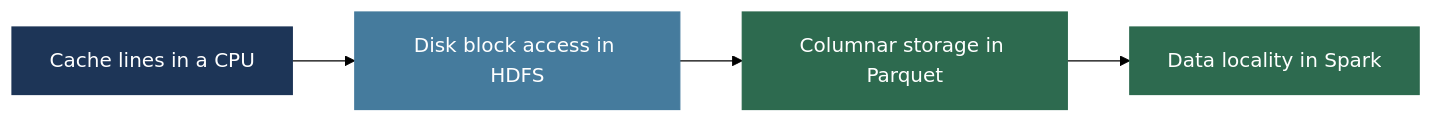
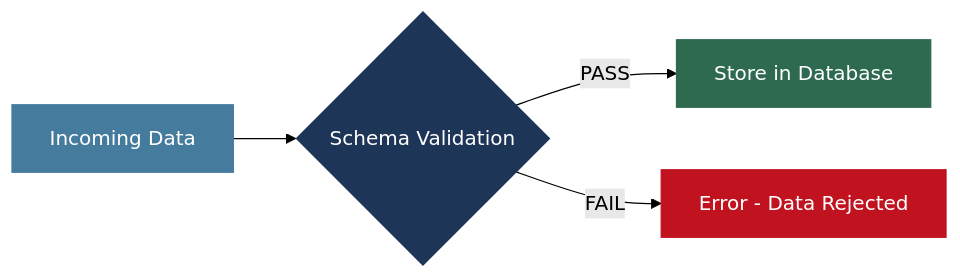
Before and after one commit to MuhammadTahaNasir/Big-Data-Analytics-Notes: the fourth of 8 diagrams in Week1/Lecture2_Hardware_Moores_Amdahls.md, drawn with Mermaid (forest theme). The commit also changed other lines of this file, not shown here.

````diff
--- a/Week1/Lecture2_Hardware_Moores_Amdahls.md
+++ b/Week1/Lecture2_Hardware_Moores_Amdahls.md
@@ -108,9 +199,11 @@
 ```mermaid
 flowchart LR
-    A[Cache lines in a CPU] --> B[Disk block access in HDFS] --> C[Columnar storage in Parquet] --> D[Data locality in Spark]
+    A[Incoming Data] --> B{Schema Validation}
+    B -->|PASS| C[Store in Database]
+    B -->|FAIL| D[Error - Data Rejected]
 
-    style A fill:#1d3557,color:#fff,stroke:#1d3557
-    style B fill:#457b9d,color:#fff,stroke:#457b9d
+    style A fill:#457b9d,color:#fff,stroke:#457b9d
+    style B fill:#1d3557,color:#fff,stroke:#1d3557
     style C fill:#2d6a4f,color:#fff,stroke:#2d6a4f
-    style D fill:#2d6a4f,color:#fff,stroke:#2d6a4f
+    style D fill:#c1121f,color:#fff,stroke:#c1121f
 ```
````
